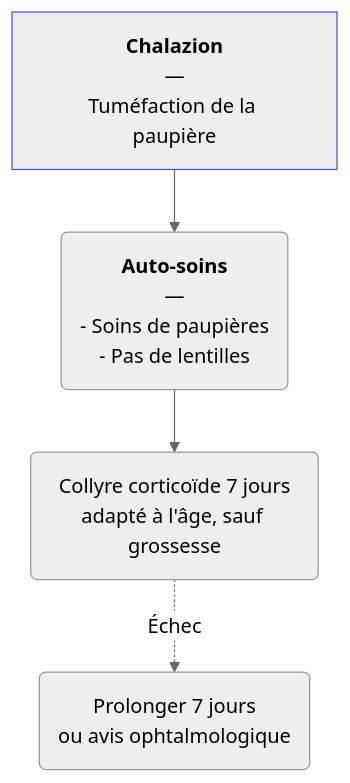
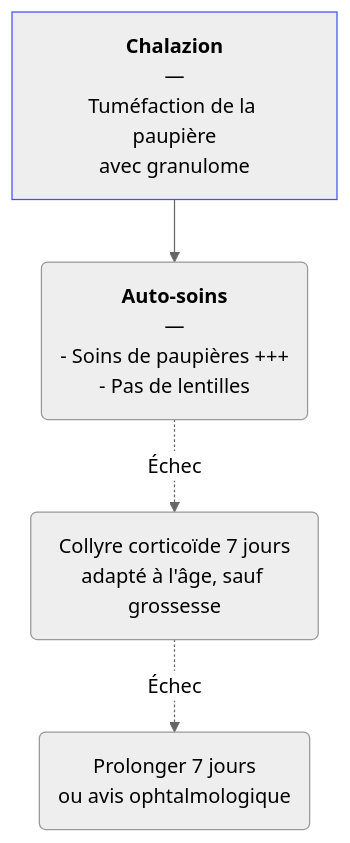
The diagram in content/recommandations/chalazion.md (djibe/recommandations-medicales), drawn with Mermaid (neutral theme) before and after one commit. The commit also changed other lines of this file and 14 other files, not shown here.

```diff
--- a/content/recommandations/chalazion.md
+++ b/content/recommandations/chalazion.md
@@ -76,5 +81,5 @@
 {{< mermaid title="Prise en charge du chalazion par le médecin généraliste. Dr JB Fron d'après COUF 2021" >}}
 graph TB
-  chalazion["<b>Chalazion</b><br>—<br>Tuméfaction de la paupière"] --> soins("<b>Auto-soins</b><br>—<br>- Soins de paupières<br>- Pas de lentilles") --> collyre("Collyre corticoïde 7 jours<br>adapté à l'âge, sauf grossesse") -. Échec .-> autre(Prolonger 7 jours<br>ou avis ophtalmologique)
+  chalazion["<b>Chalazion</b><br>—<br>Tuméfaction de la paupière<br>avec granulome"] --> soins("<b>Auto-soins</b><br>—<br>- Soins de paupières +++<br>- Pas de lentilles") -. Échec .-> collyre("Collyre corticoïde 7 jours<br>adapté à l'âge, sauf grossesse") -. Échec .-> autre(Prolonger 7 jours<br>ou avis ophtalmologique)
   style chalazion stroke:#4150f5, stroke-width:1px
 {{< /mermaid >}}
```
